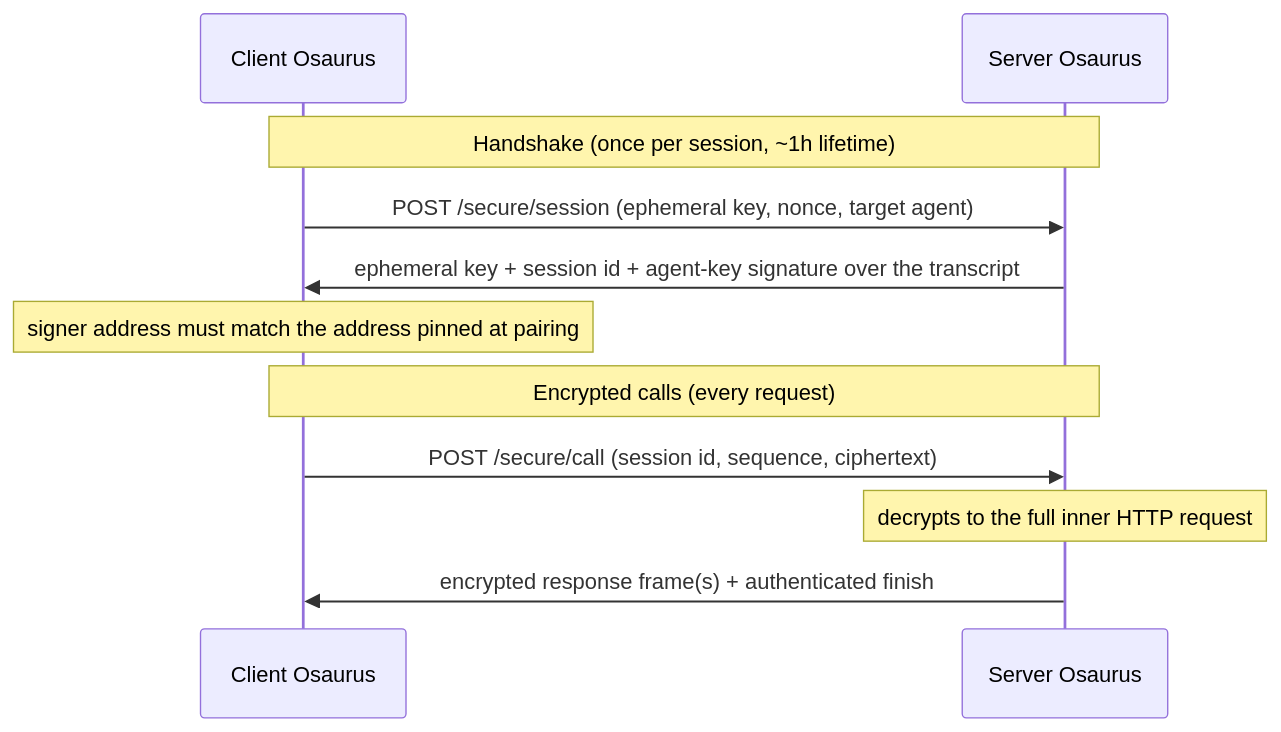
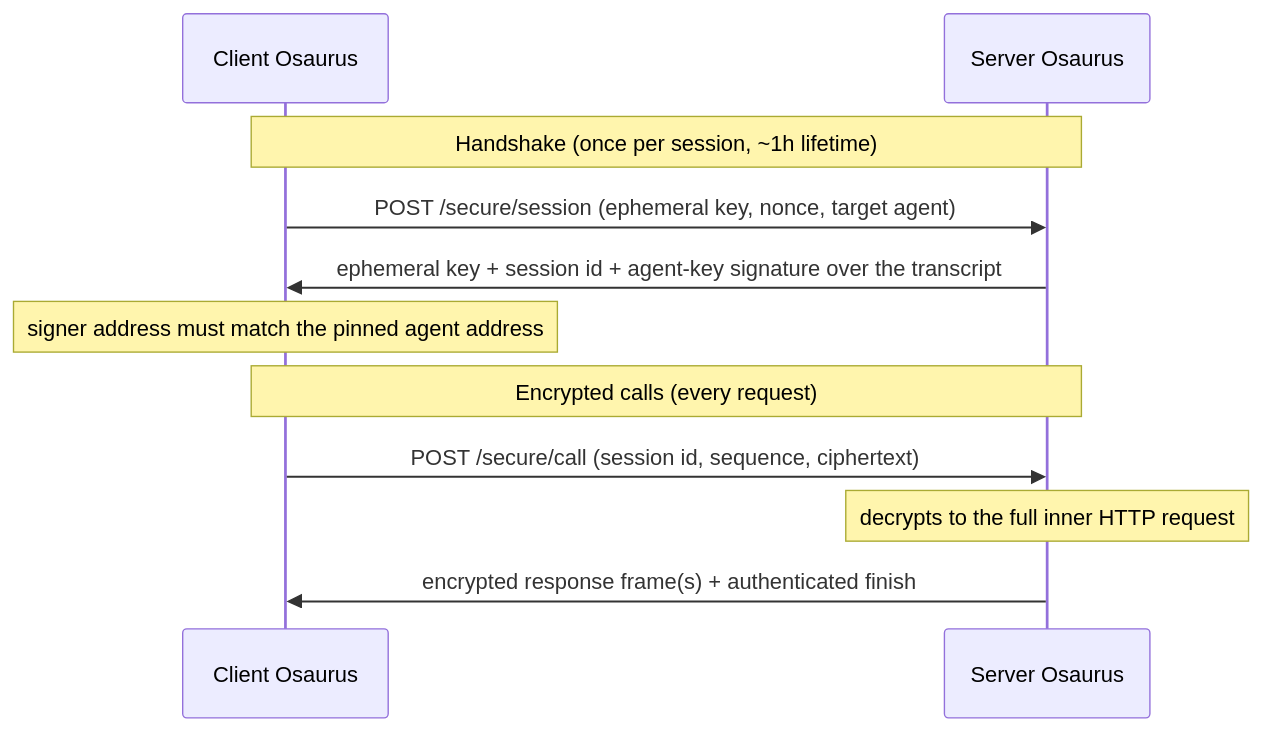
Before and after one commit to osaurus-ai/osaurus-docs: the diagram in docs/secure-channel.md, drawn with Mermaid. The commit also changed other lines of this file and 84 other files, not shown here.

````diff
--- a/docs/secure-channel.md
+++ b/docs/secure-channel.md
@@ -81,13 +85,13 @@
 ```mermaid
 sequenceDiagram
     participant C as Client Osaurus
     participant S as Server Osaurus
     Note over C,S: Handshake (once per session, ~1h lifetime)
     C->>S: POST /secure/session (ephemeral key, nonce, target agent)
     S->>C: ephemeral key + session id + agent-key signature over the transcript
-    Note over C: signer address must match the address pinned at pairing
+    Note over C: signer address must match the pinned agent address
     Note over C,S: Encrypted calls (every request)
     C->>S: POST /secure/call (session id, sequence, ciphertext)
     Note over S: decrypts to the full inner HTTP request
     S->>C: encrypted response frame(s) + authenticated finish
 ```
````
